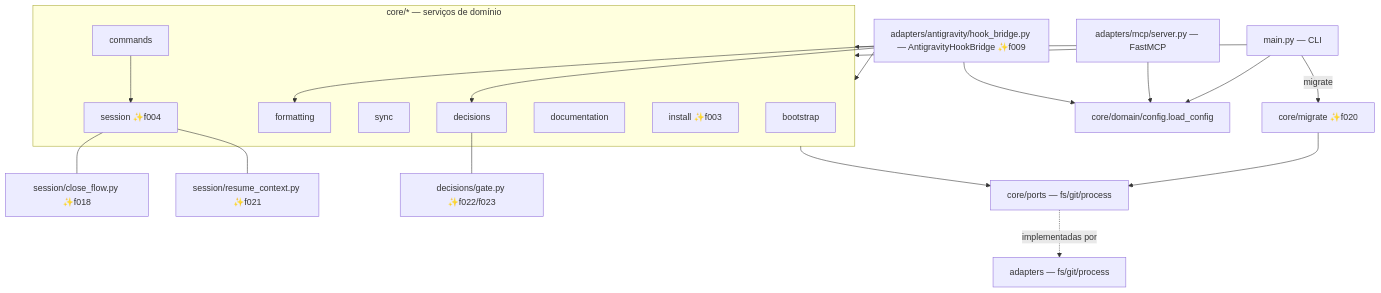
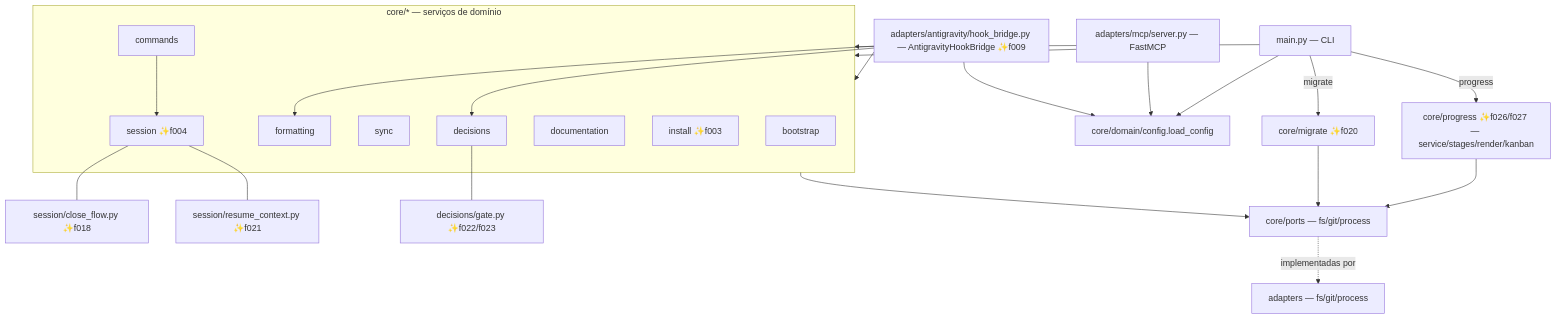
The diagram in _reversa_sdd/architecture.md (iago-leal/harness-config), drawn with Mermaid before and after one commit. The commit also changed other lines of this file and 40 other files, not shown here.

````diff
--- a/_reversa_sdd/architecture.md
+++ b/_reversa_sdd/architecture.md
@@ -39,29 +40,31 @@
 ```mermaid
 graph TD
     CLI[main.py — CLI] --> Services
     MCP[adapters/mcp/server.py — FastMCP] --> Services
     AGY["adapters/antigravity/hook_bridge.py — AntigravityHookBridge ✨f009"] --> Services
     CLI -- migrate --> Migrate["core/migrate ✨f020"]
     subgraph Services[core/* — serviços de domínio]
         boot[bootstrap]
         fmt[formatting]
         sync[sync]
         dec[decisions]
         cmd[commands]
         doc[documentation]
         inst["install ✨f003"]
         sess["session ✨f004"]
     end
     sess --- closeflow["session/close_flow.py ✨f018"]
     sess --- resumectx["session/resume_context.py ✨f021"]
     dec --- gate["decisions/gate.py ✨f022/f023"]
+    CLI -- progress --> Progress["core/progress ✨f026/f027 — service/stages/render/kanban"]
+    Progress --> Ports
     Services --> Ports[core/ports — fs/git/process]
     Ports -.implementadas por.-> Adapters[adapters — fs/git/process]
     Migrate --> Ports
     cmd --> sess
     AGY --> fmt
     AGY --> dec
     CLI --> Config[core/domain/config.load_config]
     MCP --> Config
     AGY --> Config
 ```
````
